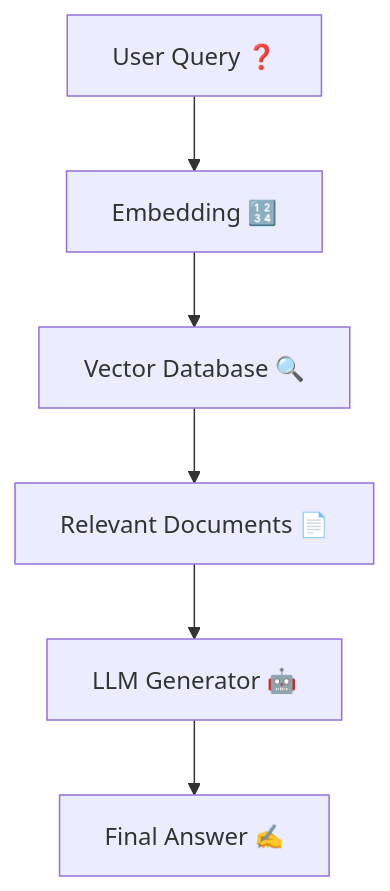
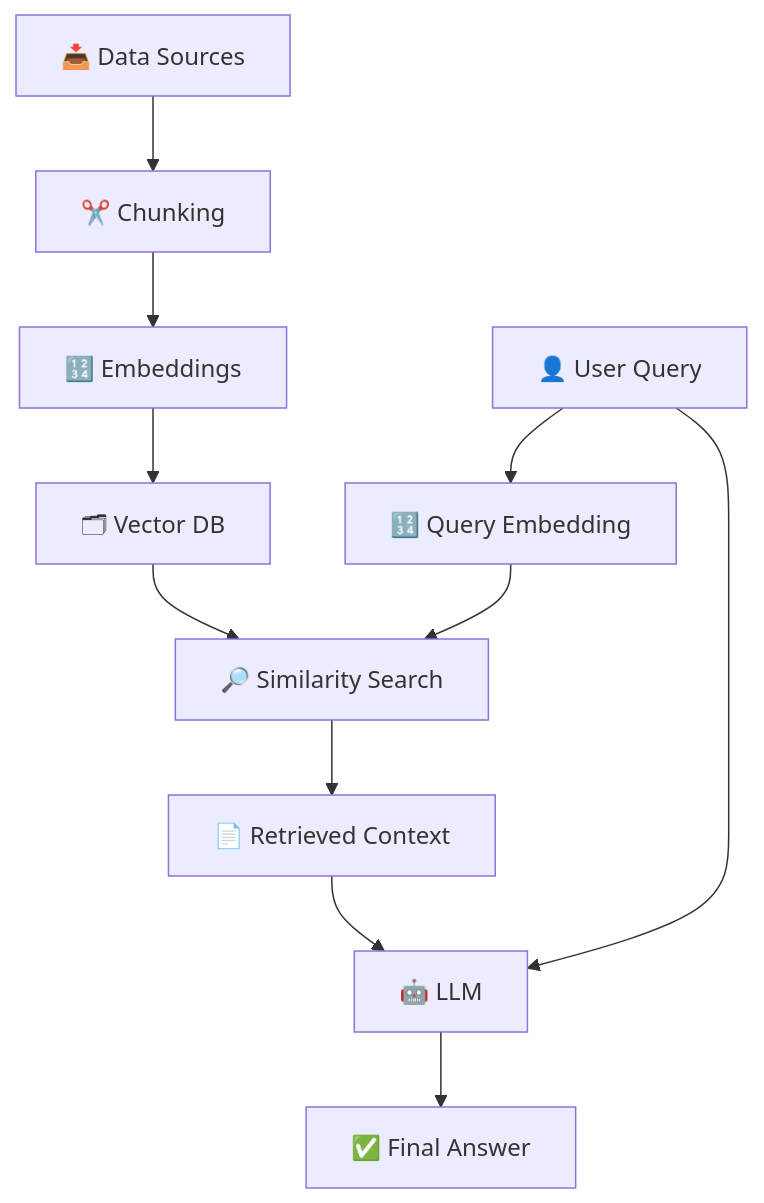
One commit to bharathsp/genai-portfolio changed the first of 2 diagrams in 0002_Data_and_RAG/0006. Simple RAG.md. Above: the diagram before and after it, drawn with Mermaid. The commit also changed other lines of this file, not shown here.

````diff
--- a/0002_Data_and_RAG/0006. Simple RAG.md
+++ b/0002_Data_and_RAG/0006. Simple RAG.md
@@ -36,8 +110,16 @@
-```mermaid
+```mermaid id="ragflow1"
 flowchart TD
-    A[User Query ❓] --> B[Embedding 🔢]
-    B --> C[Vector Database 🔍]
-    C --> D[Relevant Documents 📄]
-    D --> E[LLM Generator 🤖]
-    E --> F[Final Answer ✍️]
+    A[📥 Data Sources] --> B[✂️ Chunking]
+    B --> C[🔢 Embeddings]
+    C --> D[🗂 Vector DB]
+    
+    Q[👤 User Query] --> E[🔢 Query Embedding]
+    E --> F[🔎 Similarity Search]
+    D --> F
+    
+    F --> G[📄 Retrieved Context]
+    G --> H[🤖 LLM]
+    Q --> H
+    
+    H --> I[✅ Final Answer]
 ```
````
